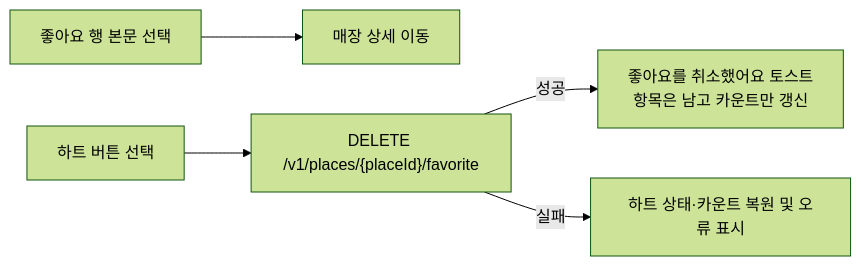
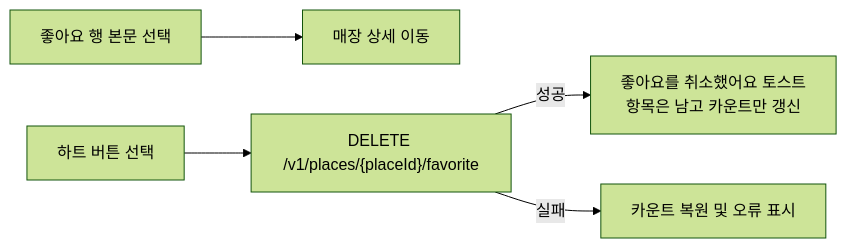
The fourth of 4 diagrams in docs/profile-flow-design.md (mash-up-kr/TMT-FE), drawn with Mermaid (forest theme) before and after one commit. The commit also changed other lines of this file and 7 other files, not shown here.

````diff
--- a/docs/profile-flow-design.md
+++ b/docs/profile-flow-design.md
@@ -219,7 +221,7 @@
 ```mermaid
 flowchart LR
     ROW["좋아요 행 본문 선택"] --> PLACE["매장 상세 이동"]
     HEART["하트 버튼 선택"] --> MUT["DELETE /v1/places/{placeId}/favorite"]
     MUT -->|성공| TOAST["좋아요를 취소했어요 토스트<br/>항목은 남고 카운트만 갱신"]
-    MUT -->|실패| RESTORE["하트 상태·카운트 복원 및 오류 표시"]
+    MUT -->|실패| RESTORE["카운트 복원 및 오류 표시"]
 ```
````
